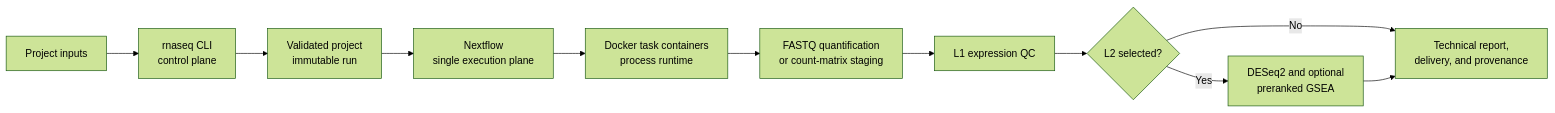
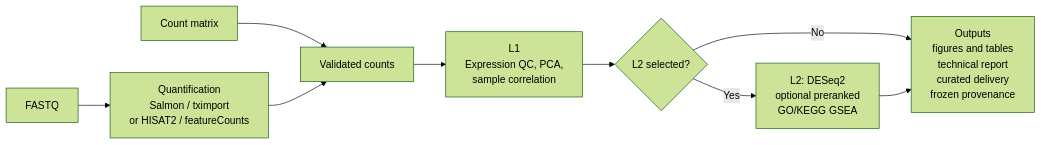
Before and after one commit to 2002brian/nf-rna: the diagram in README.md, drawn with Mermaid (forest theme). The commit also changed other lines of this file and 1 other file, not shown here.

Commit message:
docs: restore scientific data flow in README

````diff
--- a/README.md
+++ b/README.md
@@ -19,13 +19,11 @@
 ```mermaid
 flowchart LR
-    A[Project inputs] --> B["rnaseq CLI<br/>control plane"]
-    B --> C["Validated project<br/>immutable run"]
-    C --> D["Nextflow<br/>single execution plane"]
-    D --> E["Docker task containers<br/>process runtime"]
-    E --> F["FASTQ quantification<br/>or count-matrix staging"]
-    F --> G["L1 expression QC"]
-    G --> H{L2 selected?}
-    H -- Yes --> I["DESeq2 and optional<br/>preranked GSEA"]
-    H -- No --> J["Technical report,<br/>delivery, and provenance"]
-    I --> J
+    A[FASTQ] --> B["Quantification<br/>Salmon / tximport<br/>or HISAT2 / featureCounts"]
+    C[Count matrix] --> D[Validated counts]
+    B --> D
+    D --> E["L1<br/>Expression QC, PCA,<br/>sample correlation"]
+    E --> F{L2 selected?}
+    F -- Yes --> G["L2: DESeq2<br/>optional preranked<br/>GO/KEGG GSEA"]
+    F -- No --> H["Outputs<br/>figures and tables<br/>technical report<br/>curated delivery<br/>frozen provenance"]
+    G --> H
 ```
````
